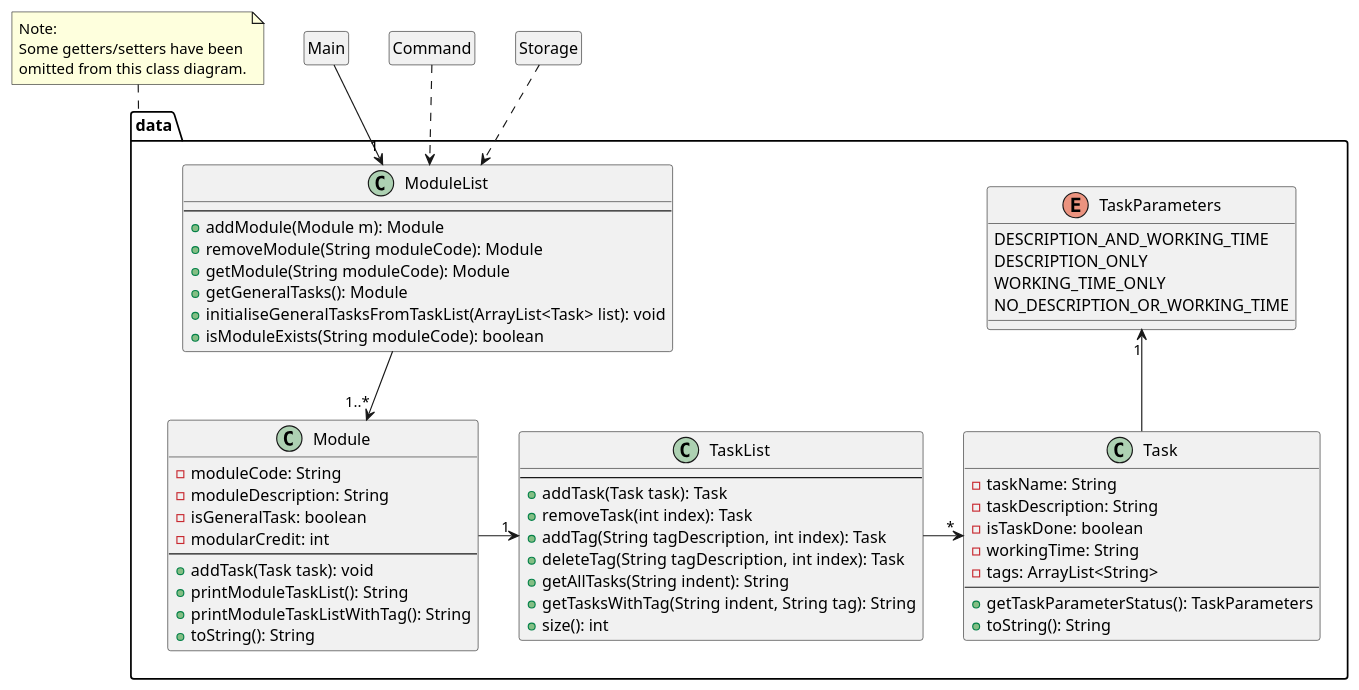
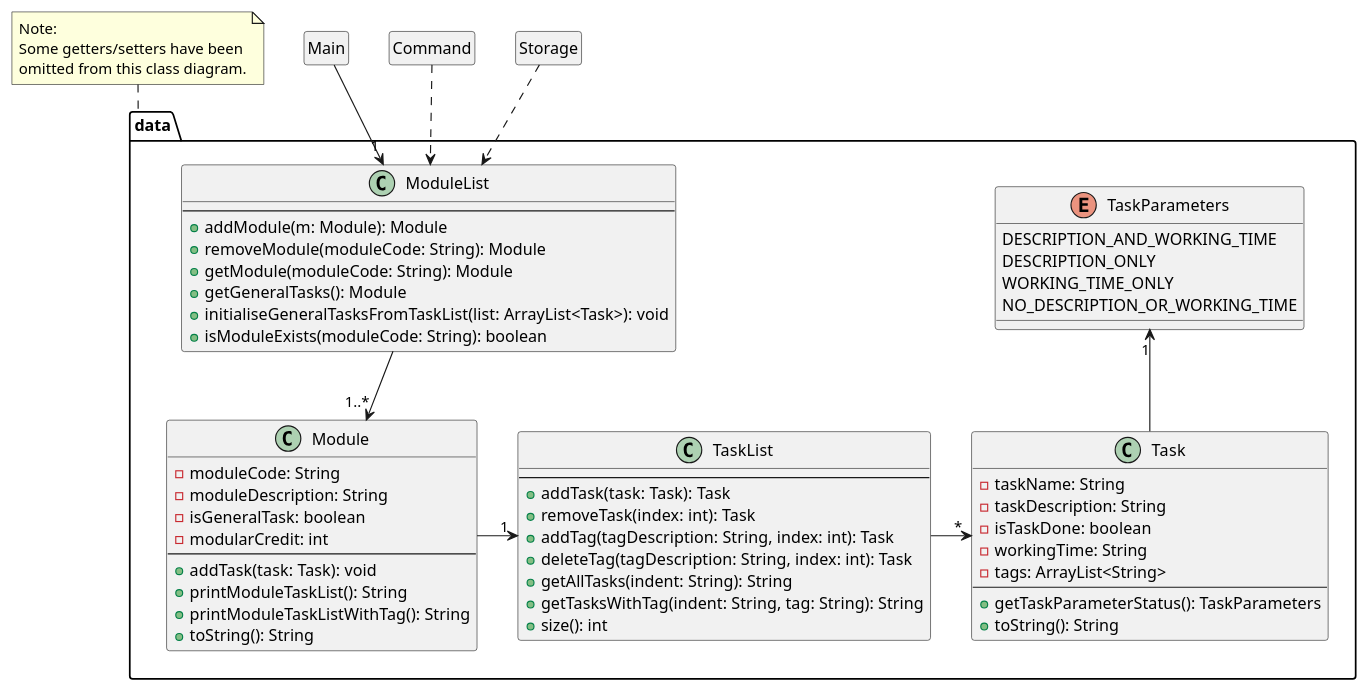
One commit to nus-cs2113-AY2122S2/tp changed the diagram in docs/Data.puml. Above: the diagram before and after it, drawn with PlantUML. The commit also changed 3 other files, not shown here.

Commit message:
Fix UML diagrams

```diff
--- a/docs/Data.puml
+++ b/docs/Data.puml
@@ -1,89 +1,89 @@
 @startuml
 
 package data {
     class ModuleList {
         --
-        + addModule(Module m): Module
-        + removeModule(String moduleCode): Module
-        + getModule(String moduleCode): Module
+        + addModule(m: Module): Module
+        + removeModule(moduleCode: String): Module
+        + getModule(moduleCode: String): Module
         + getGeneralTasks(): Module
-        + initialiseGeneralTasksFromTaskList(ArrayList<Task> list): void
-        + isModuleExists(String moduleCode): boolean
+        + initialiseGeneralTasksFromTaskList(list: ArrayList<Task>): void
+        + isModuleExists(moduleCode: String): boolean
     }
 
     class Module {
         - moduleCode: String
         - moduleDescription: String
         - isGeneralTask: boolean
         - modularCredit: int
         --
-        + addTask(Task task): void
+        + addTask(task: Task): void
         + printModuleTaskList(): String
         + printModuleTaskListWithTag(): String
         + toString(): String
     }
 
     class TaskList {
         --
-        + addTask(Task task): Task
-        + removeTask(int index): Task
-        + addTag(String tagDescription, int index): Task
-        + deleteTag(String tagDescription, int index): Task
-        + getAllTasks(String indent): String
-        + getTasksWithTag(String indent, String tag): String
+        + addTask(task: Task): Task
+        + removeTask(index: int): Task
+        + addTag(tagDescription: String, index: int): Task
+        + deleteTag(tagDescription: String, index: int): Task
+        + getAllTasks(indent: String): String
+        + getTasksWithTag(indent: String, tag: String): String
         + size(): int
     }
 
     class Task {
         - taskName: String
         - taskDescription: String
         - isTaskDone: boolean
         - workingTime: String
         - tags: ArrayList<String>
         --
         + getTaskParameterStatus(): TaskParameters
         + toString(): String
     }
 
     enum TaskParameters {
         DESCRIPTION_AND_WORKING_TIME
         DESCRIPTION_ONLY
         WORKING_TIME_ONLY
         NO_DESCRIPTION_OR_WORKING_TIME
     }
 }
 
 note top of data
 Note:
 Some getters/setters have been
 omitted from this class diagram.
 end note
 
 ModuleList --> "1..*" Module
 
 Module -r> "1" TaskList
 TaskList -r> "*" Task
 Task --u> "1" TaskParameters
 
 class Main
 hide Main circle
 hide Main attributes
 hide Main methods
 
 Main --> "1" ModuleList
 
 class Command
 hide Command circle
 hide Command attributes
 hide Command methods
 
 Command ..> ModuleList
 
 class Storage
 hide Storage circle
 hide Storage attributes
 hide Storage methods
 
 Storage ..> ModuleList
 
 @enduml
```
